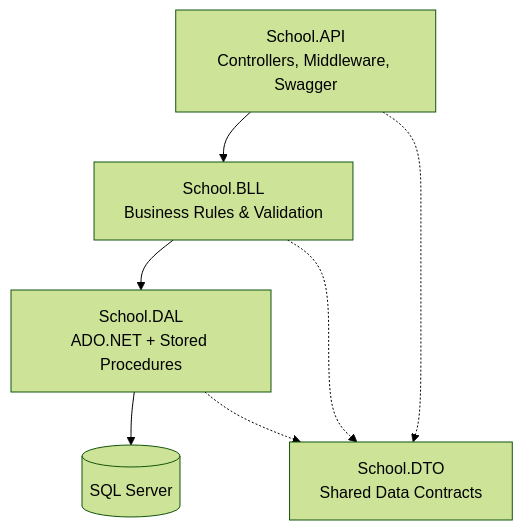
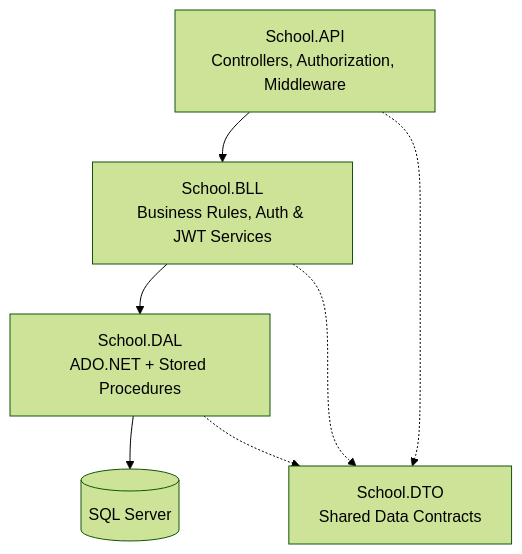
One commit to Sherif-Osama/School-Management-System changed the diagram in README.md. Above: the diagram before and after it, drawn with Mermaid (forest theme). The commit also changed other lines of this file, not shown here.

````diff
--- a/README.md
+++ b/README.md
@@ -35,9 +35,9 @@
 ```mermaid
 flowchart TD
-    A[School.API<br/>Controllers, Middleware, Swagger] --> B[School.BLL<br/>Business Rules & Validation]
+    A[School.API<br/>Controllers, Authorization, Middleware] --> B[School.BLL<br/>Business Rules, Auth & JWT Services]
     B --> C[School.DAL<br/>ADO.NET + Stored Procedures]
     C --> D[(SQL Server)]
     A -.-> E[School.DTO<br/>Shared Data Contracts]
     B -.-> E
     C -.-> E
 ```
````
